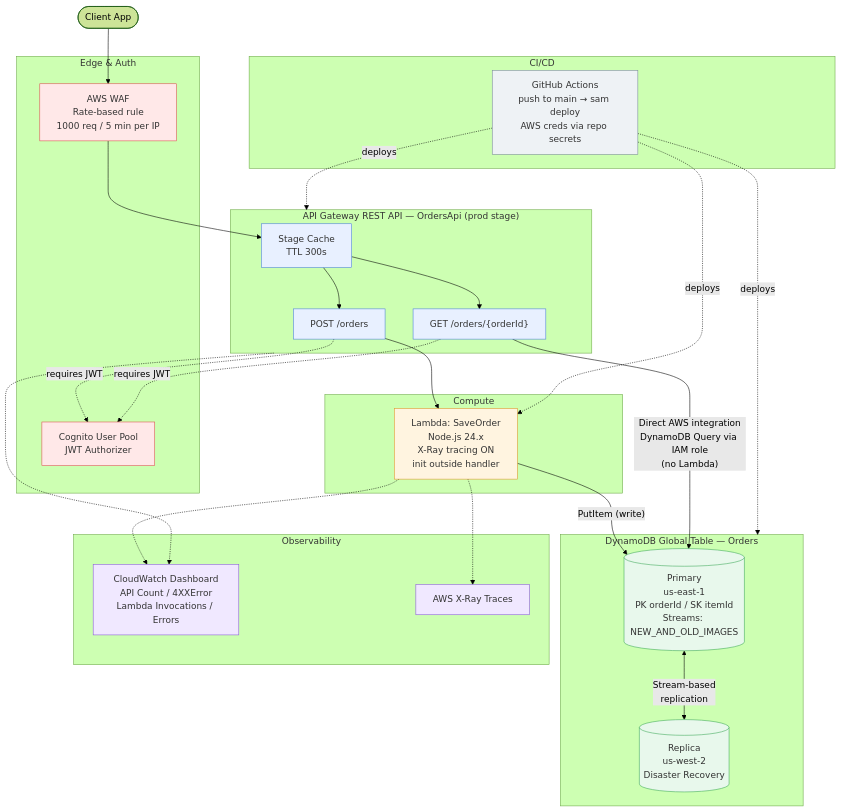
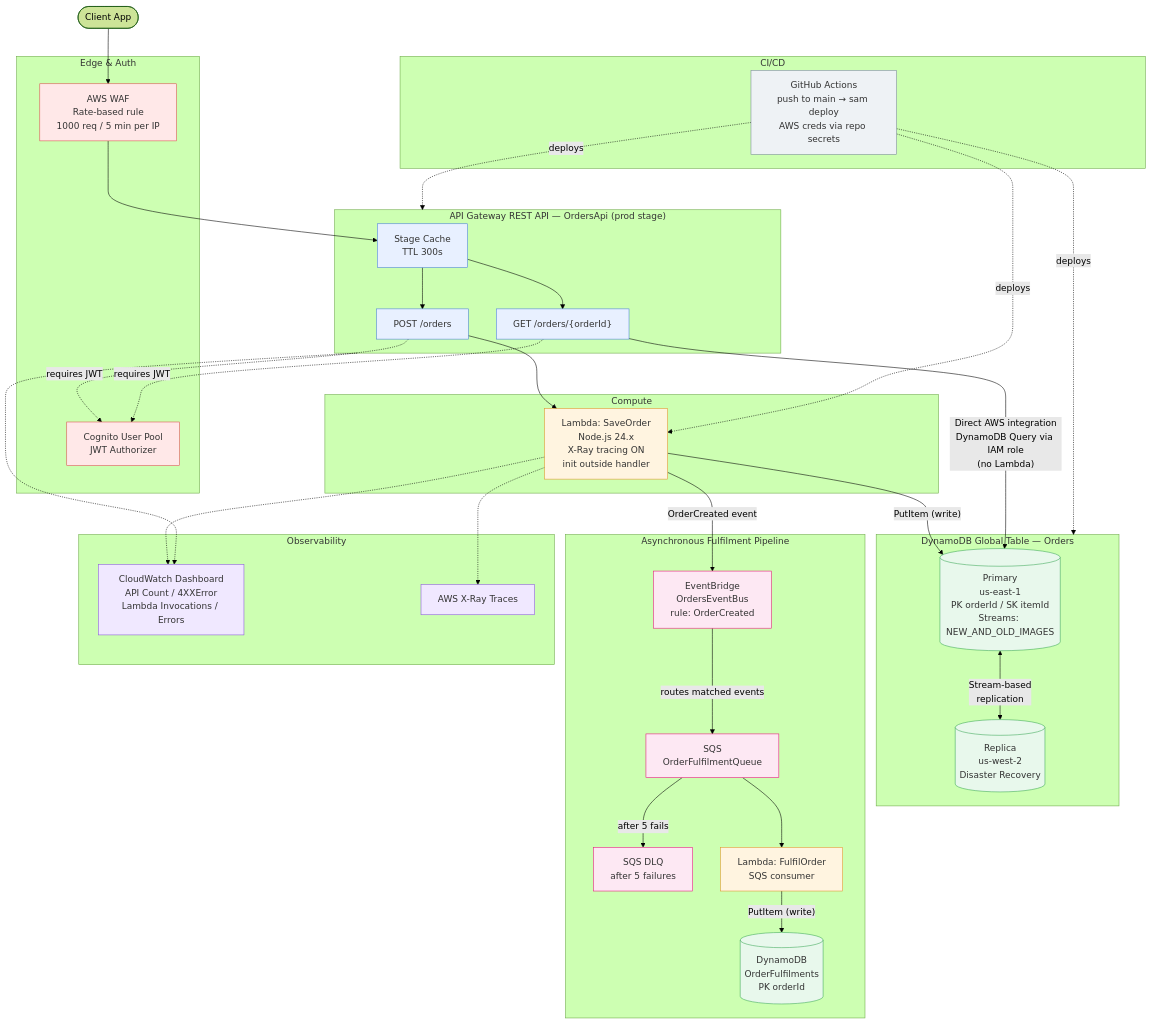
Before and after one commit to Govinder-1992/serverless-application: the diagram in docs/architecture.mmd, drawn with Mermaid (forest theme). The commit also changed 3 other files, not shown here.

Commit message:
Refresh architecture diagrams to include async fulfilment pipeline

```diff
--- a/docs/architecture.mmd
+++ b/docs/architecture.mmd
@@ -1,65 +1,81 @@
 flowchart TB
     Client([Client App])
 
     subgraph Security["Edge & Auth"]
         WAF["AWS WAF<br/>Rate-based rule<br/>1000 req / 5 min per IP"]
         Cognito["Cognito User Pool<br/>JWT Authorizer"]
     end
 
     subgraph APIGW["API Gateway REST API — OrdersApi (prod stage)"]
         Cache["Stage Cache<br/>TTL 300s"]
         POST["POST /orders"]
         GET["GET /orders/{orderId}"]
     end
 
     subgraph Compute["Compute"]
         Lambda["Lambda: SaveOrder<br/>Node.js 24.x<br/>X-Ray tracing ON<br/>init outside handler"]
     end
 
     subgraph DataLayer["DynamoDB Global Table — Orders"]
         DDBPrimary[("Primary<br/>us-east-1<br/>PK orderId / SK itemId<br/>Streams: NEW_AND_OLD_IMAGES")]
         DDBReplica[("Replica<br/>us-west-2<br/>Disaster Recovery")]
     end
 
+    subgraph Async["Asynchronous Fulfilment Pipeline"]
+        EventBus["EventBridge<br/>OrdersEventBus<br/>rule: OrderCreated"]
+        Queue["SQS<br/>OrderFulfilmentQueue"]
+        DLQ["SQS DLQ<br/>after 5 failures"]
+        Fulfil["Lambda: FulfilOrder<br/>SQS consumer"]
+        FulfilTable[("DynamoDB<br/>OrderFulfilments<br/>PK orderId")]
+    end
+
     subgraph Observability["Observability"]
         Dashboard["CloudWatch Dashboard<br/>API Count / 4XXError<br/>Lambda Invocations / Errors"]
         XRay["AWS X-Ray Traces"]
     end
 
     subgraph CICD["CI/CD"]
         GH["GitHub Actions<br/>push to main → sam deploy<br/>AWS creds via repo secrets"]
     end
 
     Client --> WAF --> Cache
     Cache --> POST
     Cache --> GET
     POST -. requires JWT .-> Cognito
     GET -. requires JWT .-> Cognito
 
     POST --> Lambda
     Lambda -->|"PutItem (write)"| DDBPrimary
     GET -->|"Direct AWS integration<br/>DynamoDB Query via IAM role<br/>(no Lambda)"| DDBPrimary
 
     DDBPrimary <-->|"Stream-based<br/>replication"| DDBReplica
 
+    Lambda -->|"OrderCreated event"| EventBus
+    EventBus -->|"routes matched events"| Queue
+    Queue -->|"after 5 fails"| DLQ
+    Queue --> Fulfil
+    Fulfil -->|"PutItem (write)"| FulfilTable
+
     Lambda -.-> XRay
     Lambda -.-> Dashboard
     APIGW -.-> Dashboard
 
     GH -. deploys .-> APIGW
     GH -. deploys .-> Lambda
     GH -. deploys .-> DataLayer
 
     classDef sec fill:#ffe8e8,stroke:#d9534f,color:#333
     classDef api fill:#e8f0ff,stroke:#4a7fd9,color:#333
     classDef comp fill:#fff4e0,stroke:#e0952b,color:#333
     classDef data fill:#e8f8ec,stroke:#3faa5a,color:#333
     classDef obs fill:#f0e8ff,stroke:#8a5ad9,color:#333
     classDef ci fill:#eef2f5,stroke:#7a8a99,color:#333
+    classDef evt fill:#fde8f3,stroke:#e7157b,color:#333
 
     class WAF,Cognito sec
     class Cache,POST,GET api
-    class Lambda comp
-    class DDBPrimary,DDBReplica data
+    class Lambda,Fulfil comp
+    class DDBPrimary,DDBReplica,FulfilTable data
     class Dashboard,XRay obs
     class GH ci
+    class EventBus,Queue,DLQ evt
```
